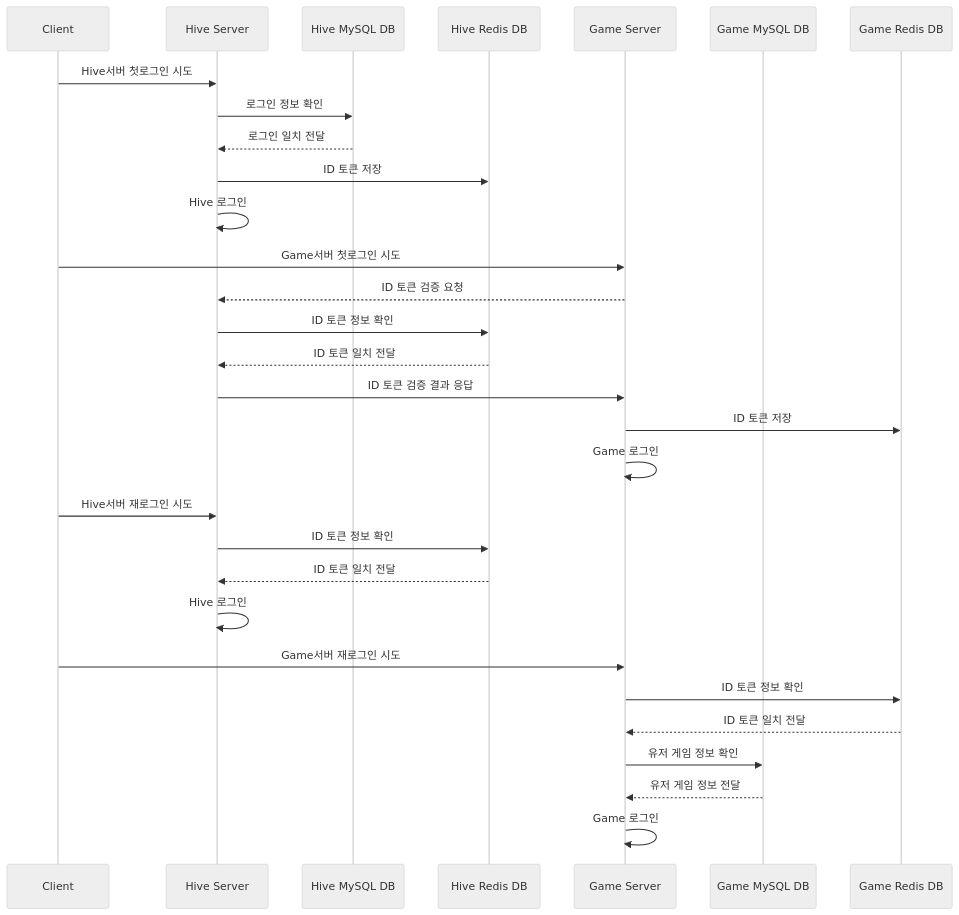
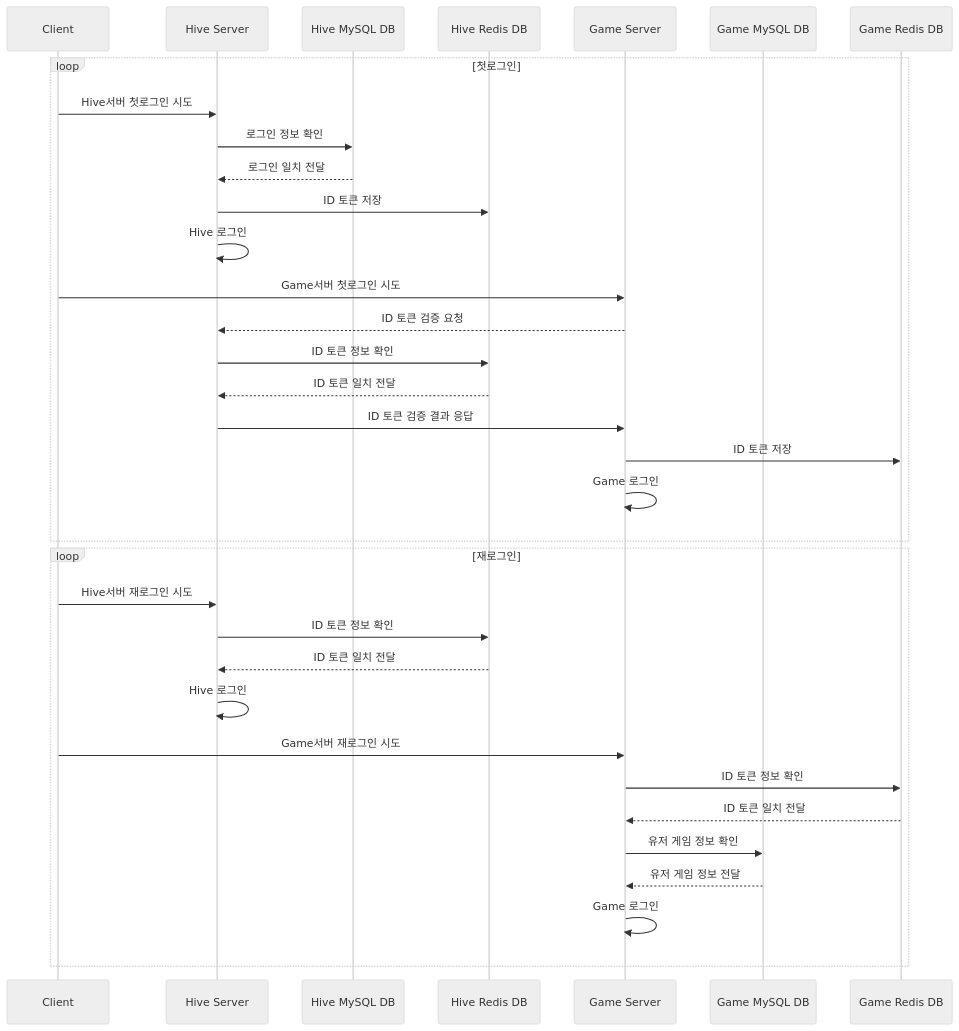
One commit to JANGJAGUAR/study-dotnet-apiserver changed the diagram in SequenceDiagram.md. Above: the diagram before and after it, drawn with Mermaid (neutral theme).

````diff
--- a/SequenceDiagram.md
+++ b/SequenceDiagram.md
@@ -2,39 +2,40 @@
 ```mermaid
 sequenceDiagram
     participant A as Client
     participant B as Hive Server
     participant C as Hive MySQL DB
     participant D as Hive Redis DB
     participant E as Game Server
     participant F as Game MySQL DB
     participant G as Game Redis DB
 
-    A->>B: Hive서버 첫로그인 시도 
-    B->>C: 로그인 정보 확인
-    C-->>B: 로그인 일치 전달 
-    B->>D: ID 토큰 저장
-    B->>B: Hive 로그인 
- 
-    A->>E: Game서버 첫로그인 시도
-    E-->>B: ID 토큰 검증 요청
-    B->>D: ID 토큰 정보 확인
-    D-->>B: ID 토큰 일치 전달 
-    B->>E: ID 토큰 검증 결과 응답
-    E->>G: ID 토큰 저장
-    E->>E: Game 로그인 
-
-    A->>B: Hive서버 재로그인 시도 
-    B->>D: ID 토큰 정보 확인
-    D-->>B: ID 토큰 일치 전달
-    B->>B: Hive 로그인 
-
-    A->>E: Game서버 재로그인 시도
-    E->>G: ID 토큰 정보 확인
-    G-->>E: ID 토큰 일치 전달
-    E->>F: 유저 게임 정보 확인
-    F-->>E: 유저 게임 정보 전달
-    E->>E: Game 로그인
-
-
+    loop 첫로그인
+        A->>B: Hive서버 첫로그인 시도 
+        B->>C: 로그인 정보 확인
+        C-->>B: 로그인 일치 전달 
+        B->>D: ID 토큰 저장
+        B->>B: Hive 로그인 
+     
+        A->>E: Game서버 첫로그인 시도
+        E-->>B: ID 토큰 검증 요청
+        B->>D: ID 토큰 정보 확인
+        D-->>B: ID 토큰 일치 전달 
+        B->>E: ID 토큰 검증 결과 응답
+        E->>G: ID 토큰 저장
+        E->>E: Game 로그인
+    end
+    loop 재로그인
+        A->>B: Hive서버 재로그인 시도 
+        B->>D: ID 토큰 정보 확인
+        D-->>B: ID 토큰 일치 전달
+        B->>B: Hive 로그인 
+    
+        A->>E: Game서버 재로그인 시도
+        E->>G: ID 토큰 정보 확인
+        G-->>E: ID 토큰 일치 전달
+        E->>F: 유저 게임 정보 확인
+        F-->>E: 유저 게임 정보 전달
+        E->>E: Game 로그인
+    end
 
 ```
````
